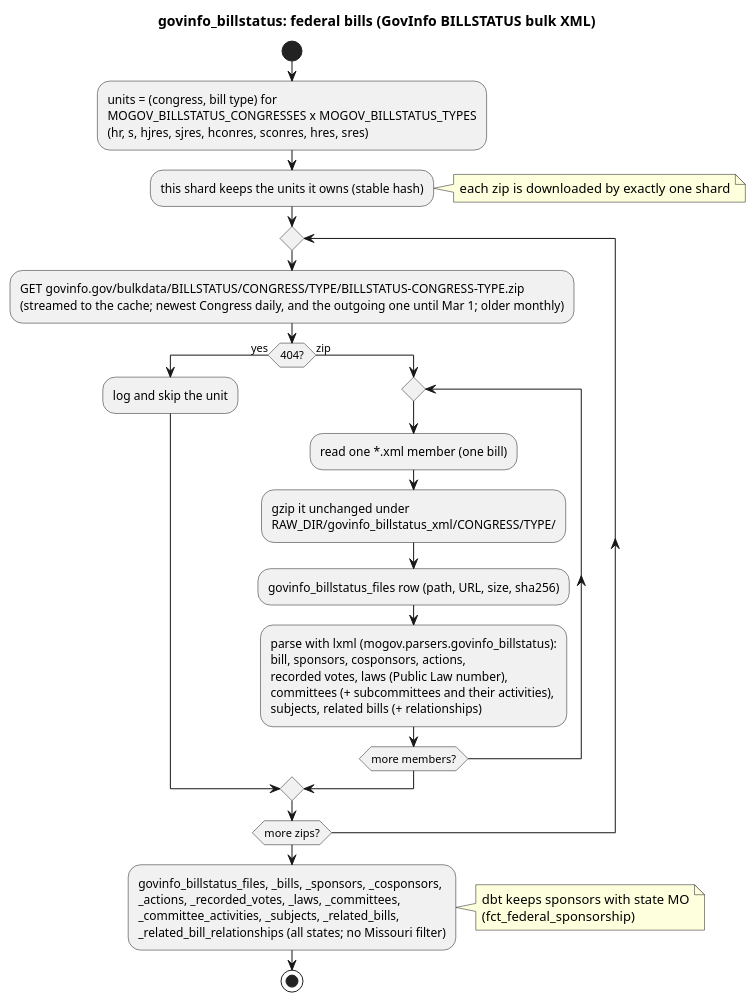
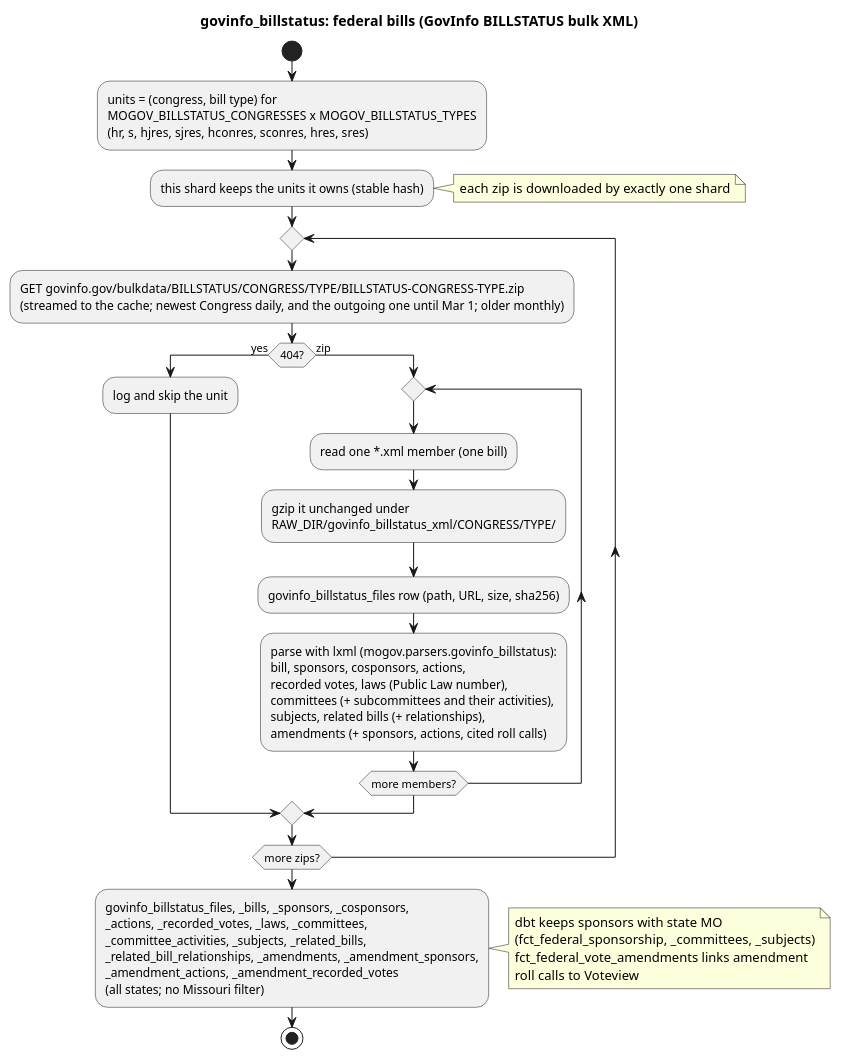
One commit to akettmann/missouri_gov_feed changed the diagram in docs/diagrams/sources/govinfo_billstatus.puml. Above: the diagram before and after it, drawn with PlantUML. The commit also changed 6 other files, not shown here.

Commit message:
Document BILLSTATUS amendments in sources.md and diagrams (#776)

```diff
--- a/docs/diagrams/sources/govinfo_billstatus.puml
+++ b/docs/diagrams/sources/govinfo_billstatus.puml
@@ -1,34 +1,37 @@
 @startuml govinfo_billstatus
 title govinfo_billstatus: federal bills (GovInfo BILLSTATUS bulk XML)
 start
 :units = (congress, bill type) for
 MOGOV_BILLSTATUS_CONGRESSES x MOGOV_BILLSTATUS_TYPES
 (hr, s, hjres, sjres, hconres, sconres, hres, sres);
 :this shard keeps the units it owns (stable hash);
 note right: each zip is downloaded by exactly one shard
 repeat
   :GET govinfo.gov/bulkdata/BILLSTATUS/CONGRESS/TYPE/BILLSTATUS-CONGRESS-TYPE.zip
   (streamed to the cache; newest Congress daily, and the outgoing one until Mar 1; older monthly);
   if (404?) then (yes)
     :log and skip the unit;
   else (zip)
     repeat
       :read one *.xml member (one bill);
       :gzip it unchanged under
       RAW_DIR/govinfo_billstatus_xml/CONGRESS/TYPE/;
       :govinfo_billstatus_files row (path, URL, size, sha256);
       :parse with lxml (mogov.parsers.govinfo_billstatus):
       bill, sponsors, cosponsors, actions,
       recorded votes, laws (Public Law number),
       committees (+ subcommittees and their activities),
-      subjects, related bills (+ relationships);
+      subjects, related bills (+ relationships),
+      amendments (+ sponsors, actions, cited roll calls);
     repeat while (more members?)
   endif
 repeat while (more zips?)
 :govinfo_billstatus_files, _bills, _sponsors, _cosponsors,
 _actions, _recorded_votes, _laws, _committees,
 _committee_activities, _subjects, _related_bills,
-_related_bill_relationships (all states; no Missouri filter);
-note right: dbt keeps sponsors with state MO\n(fct_federal_sponsorship)
+_related_bill_relationships, _amendments, _amendment_sponsors,
+_amendment_actions, _amendment_recorded_votes
+(all states; no Missouri filter);
+note right: dbt keeps sponsors with state MO\n(fct_federal_sponsorship, _committees, _subjects)\nfct_federal_vote_amendments links amendment\nroll calls to Voteview
 stop
 @enduml
```
